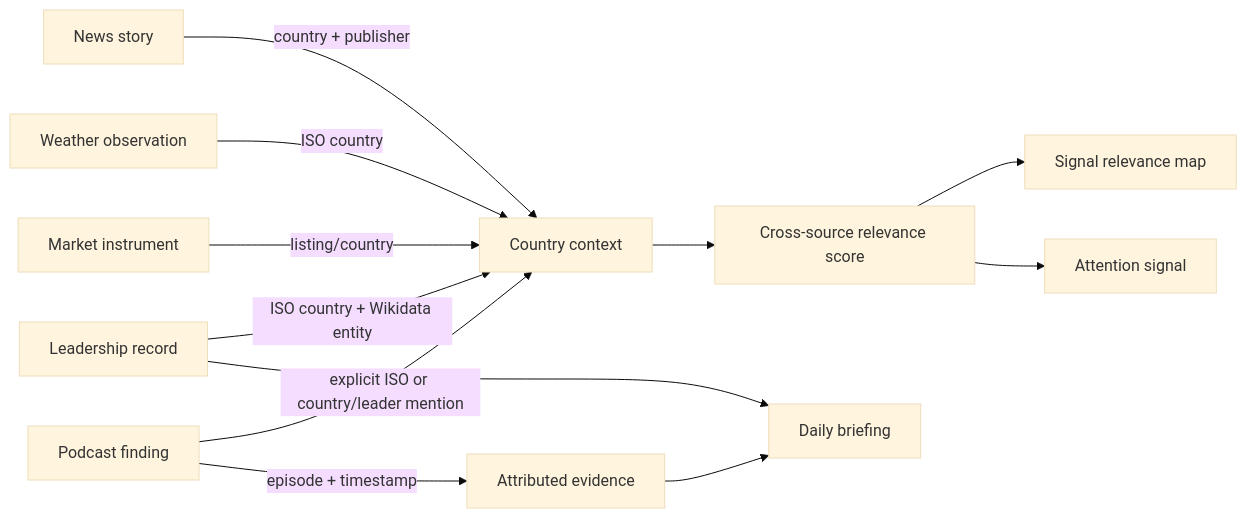
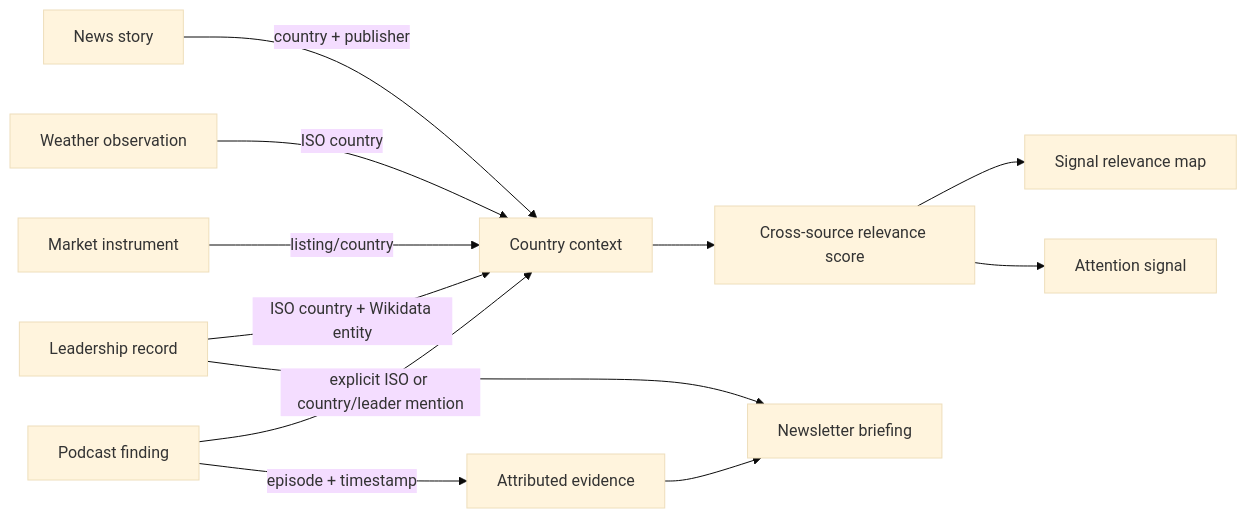
Before and after one commit to eojgroup/claritas: the second of 2 diagrams in docs/architecture/cross-device-design.md, drawn with Mermaid (base theme). The commit also changed other lines of this file and 15 other files, not shown here.

````diff
--- a/docs/architecture/cross-device-design.md
+++ b/docs/architecture/cross-device-design.md
@@ -59,14 +58,14 @@
 ```mermaid
 flowchart LR
   Story[News story] -->|country + publisher| Country[Country context]
   Weather[Weather observation] -->|ISO country| Country
   Market[Market instrument] -->|listing/country| Country
   Leader[Leadership record] -->|ISO country + Wikidata entity| Country
   Podcast[Podcast finding] -->|explicit ISO or country/leader mention| Country
   Podcast -->|episode + timestamp| Evidence[Attributed evidence]
   Country --> Score[Cross-source relevance score]
   Score --> Map[Signal relevance map]
   Score --> Queue[Attention signal]
-  Evidence --> Brief[Daily briefing]
+  Evidence --> Brief[Newsletter briefing]
   Leader --> Brief
 ```
````
